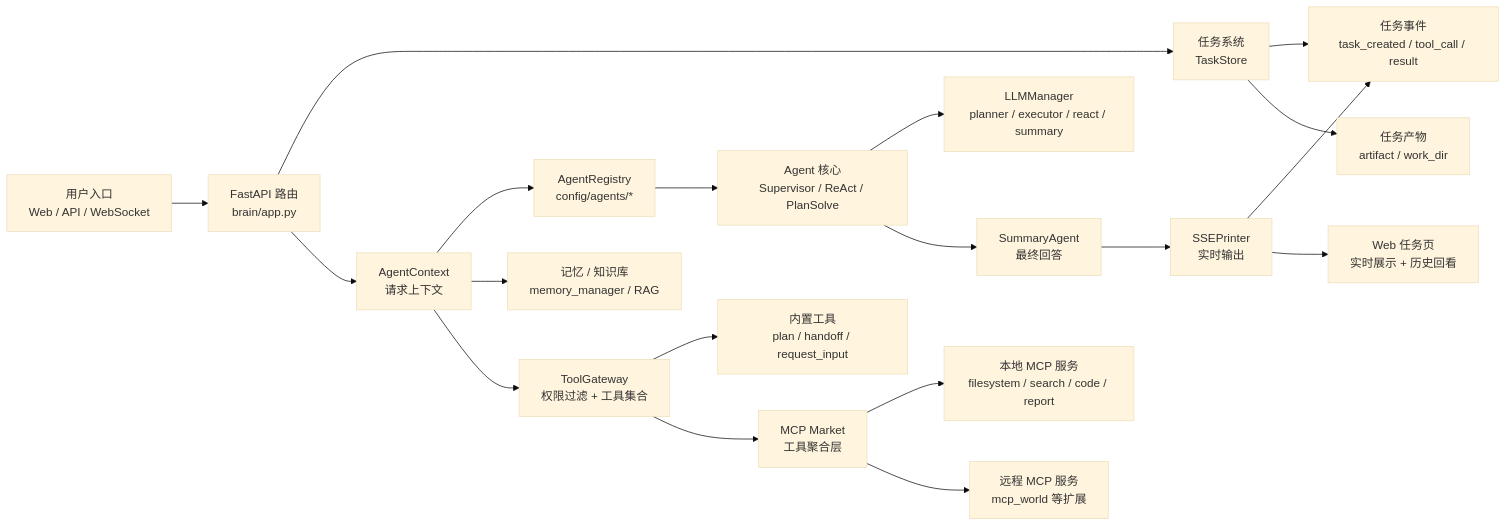
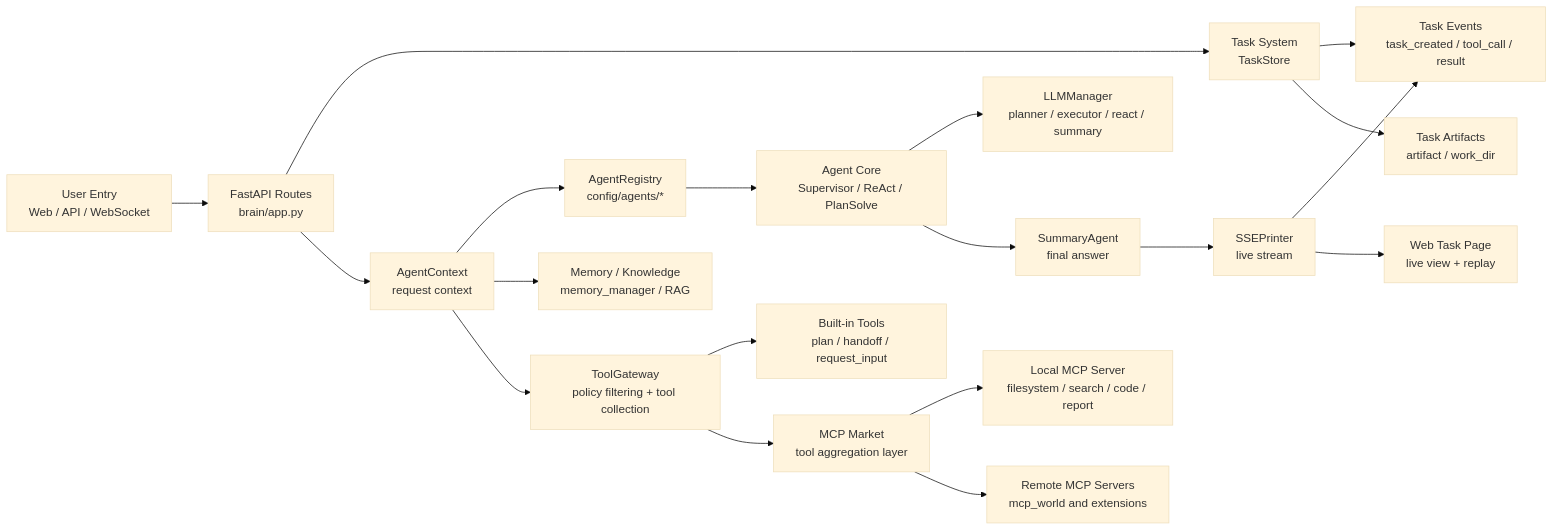
Before and after one commit to youkuxiaobin/task-pilot-agent: the first of 18 diagrams in README.md, drawn with Mermaid (base theme). The commit also changed other lines of this file and 1 other file, not shown here.

````diff
--- a/README.md
+++ b/README.md
@@ -11,21 +26,21 @@
 ```mermaid
 flowchart LR
-  User["用户入口<br/>Web / API / WebSocket"] --> API["FastAPI 路由<br/>brain/app.py"]
-  API --> Task["任务系统<br/>TaskStore"]
-  Task --> Event["任务事件<br/>task_created / tool_call / result"]
-  Task --> Artifact["任务产物<br/>artifact / work_dir"]
-  API --> Context["AgentContext<br/>请求上下文"]
+  User["User Entry<br/>Web / API / WebSocket"] --> API["FastAPI Routes<br/>brain/app.py"]
+  API --> Task["Task System<br/>TaskStore"]
+  Task --> Event["Task Events<br/>task_created / tool_call / result"]
+  Task --> Artifact["Task Artifacts<br/>artifact / work_dir"]
+  API --> Context["AgentContext<br/>request context"]
   Context --> Registry["AgentRegistry<br/>config/agents/*"]
-  Context --> Memory["记忆 / 知识库<br/>memory_manager / RAG"]
-  Context --> Gateway["ToolGateway<br/>权限过滤 + 工具集合"]
-  Registry --> Runtime["Agent 核心<br/>Supervisor / ReAct / PlanSolve"]
-  Gateway --> Builtin["内置工具<br/>plan / handoff / request_input"]
-  Gateway --> Market["MCP Market<br/>工具聚合层"]
-  Market --> LocalMCP["本地 MCP 服务<br/>filesystem / search / code / report"]
-  Market --> RemoteMCP["远程 MCP 服务<br/>mcp_world 等扩展"]
+  Context --> Memory["Memory / Knowledge<br/>memory_manager / RAG"]
+  Context --> Gateway["ToolGateway<br/>policy filtering + tool collection"]
+  Registry --> Runtime["Agent Core<br/>Supervisor / ReAct / PlanSolve"]
+  Gateway --> Builtin["Built-in Tools<br/>plan / handoff / request_input"]
+  Gateway --> Market["MCP Market<br/>tool aggregation layer"]
+  Market --> LocalMCP["Local MCP Server<br/>filesystem / search / code / report"]
+  Market --> RemoteMCP["Remote MCP Servers<br/>mcp_world and extensions"]
   Runtime --> LLM["LLMManager<br/>planner / executor / react / summary"]
-  Runtime --> Summary["SummaryAgent<br/>最终回答"]
-  Summary --> SSE["SSEPrinter<br/>实时输出"]
+  Runtime --> Summary["SummaryAgent<br/>final answer"]
+  Summary --> SSE["SSEPrinter<br/>live stream"]
   SSE --> Event
-  SSE --> Web["Web 任务页<br/>实时展示 + 历史回看"]
+  SSE --> Web["Web Task Page<br/>live view + replay"]
 ```
````
